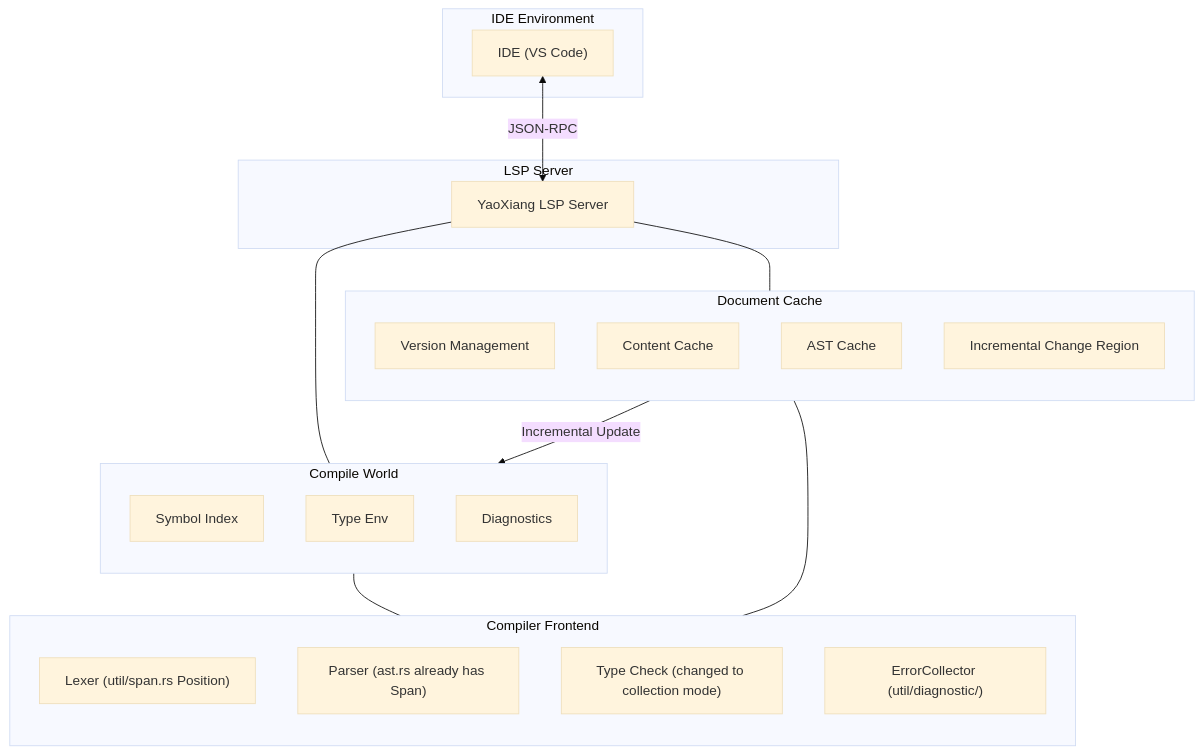
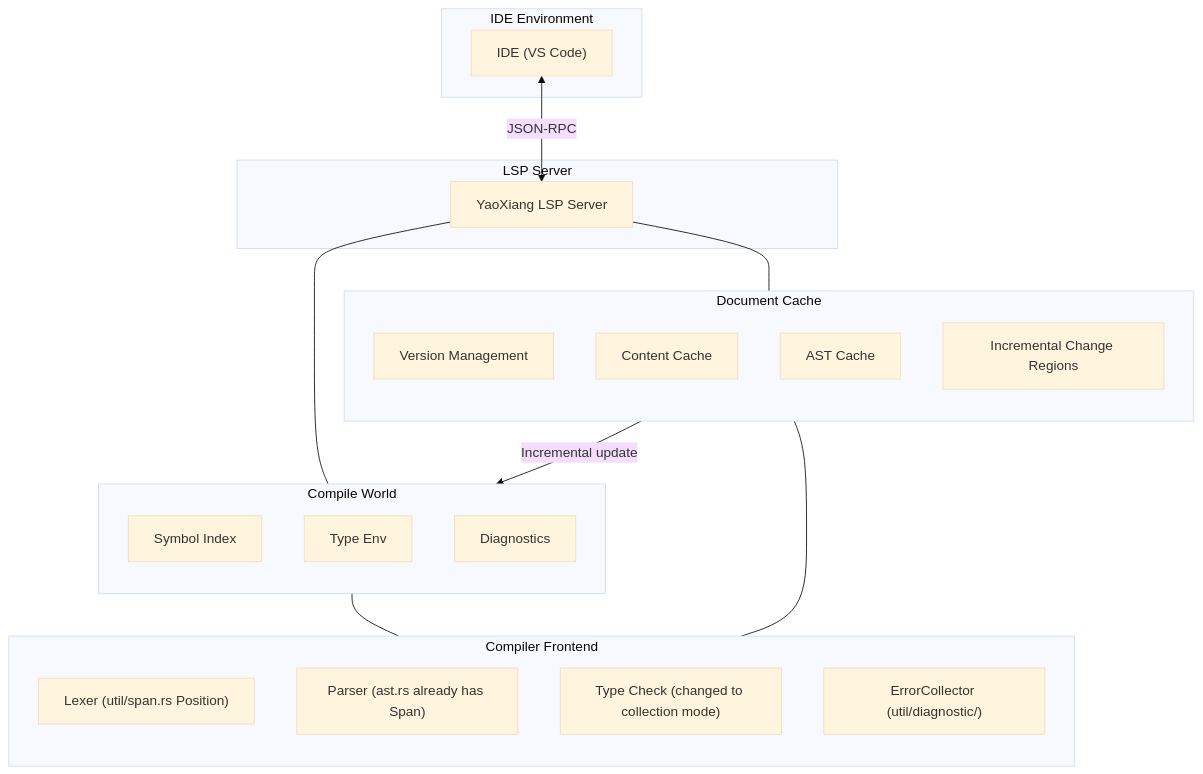
Before and after one commit to ChenXu233/YaoXiang: the diagram in docs/src/en/design/rfc/accepted/017-lsp-support.md, drawn with Mermaid (base theme). The commit also changed other lines of this file and 142 other files, not shown here.

````diff
--- a/docs/src/en/design/rfc/accepted/017-lsp-support.md
+++ b/docs/src/en/design/rfc/accepted/017-lsp-support.md
@@ -149,43 +158,43 @@
 ```mermaid
 flowchart TD
     subgraph IDE_Environment [IDE Environment]
         IDE["IDE (VS Code)"]
     end
 
     subgraph LSP_Server [LSP Server]
         LSP["YaoXiang LSP Server"]
     end
 
     subgraph World_Compile [Compile World]
         direction TB
         W_Symbol["Symbol Index"]
         W_Type["Type Env"]
         W_Diag["Diagnostics"]
     end
 
     subgraph Cache [Document Cache]
         direction TB
         C_Version["Version Management"]
         C_Content["Content Cache"]
         C_AST["AST Cache"]
-        C_Delta["Incremental Change Region"]
+        C_Delta["Incremental Change Regions"]
     end
 
     subgraph Frontend [Compiler Frontend]
         direction TB
         F_Lexer["Lexer (util/span.rs Position)"]
         F_Parser["Parser (ast.rs already has Span)"]
         F_TypeCheck["Type Check (changed to collection mode)"]
         F_ErrorCollector["ErrorCollector (util/diagnostic/)"]
     end
 
     IDE <-->|JSON-RPC| LSP
 
     LSP --- World_Compile
     LSP --- Cache
 
-    Cache -- "Incremental Update" --> World_Compile
+    Cache -- "Incremental update" --> World_Compile
 
     World_Compile --- Frontend
     Cache --- Frontend
 ```
````
